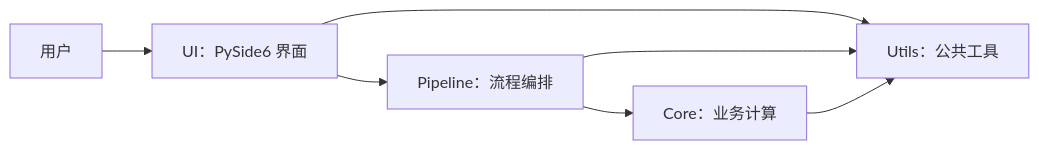
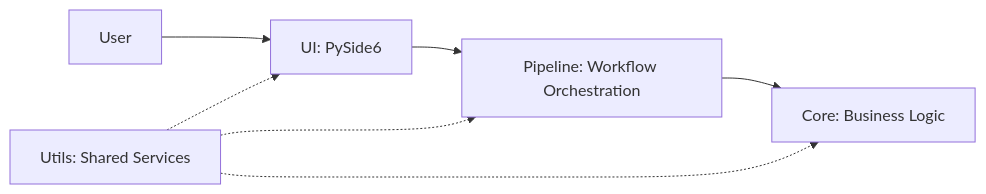
Before and after one commit to fel1xuan/eiri-thu-projects: the second of 2 diagrams in conch-cement-carbon-data-analysis-app/README.md, drawn with Mermaid. The commit also changed other lines of this file and 13 other files, not shown here.

````diff
--- a/conch-cement-carbon-data-analysis-app/README.md
+++ b/conch-cement-carbon-data-analysis-app/README.md
@@ -76,9 +81,9 @@
 ```mermaid
 flowchart LR
-    U[用户] --> UI[UI：PySide6 界面]
-    UI --> P[Pipeline：流程编排]
-    P --> C[Core：业务计算]
-    UI --> T[Utils：公共工具]
-    P --> T
-    C --> T
+    U[User] --> UI[UI: PySide6]
+    UI --> P[Pipeline: Workflow Orchestration]
+    P --> C[Core: Business Logic]
+    T[Utils: Shared Services] -.-> UI
+    T -.-> P
+    T -.-> C
 ```
````
